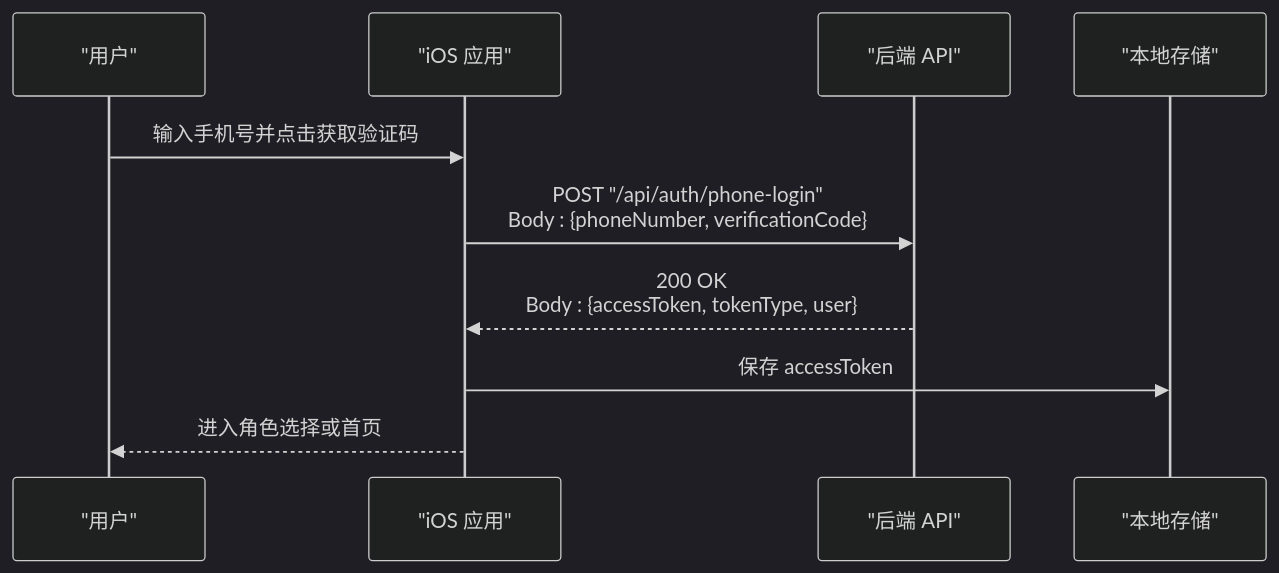
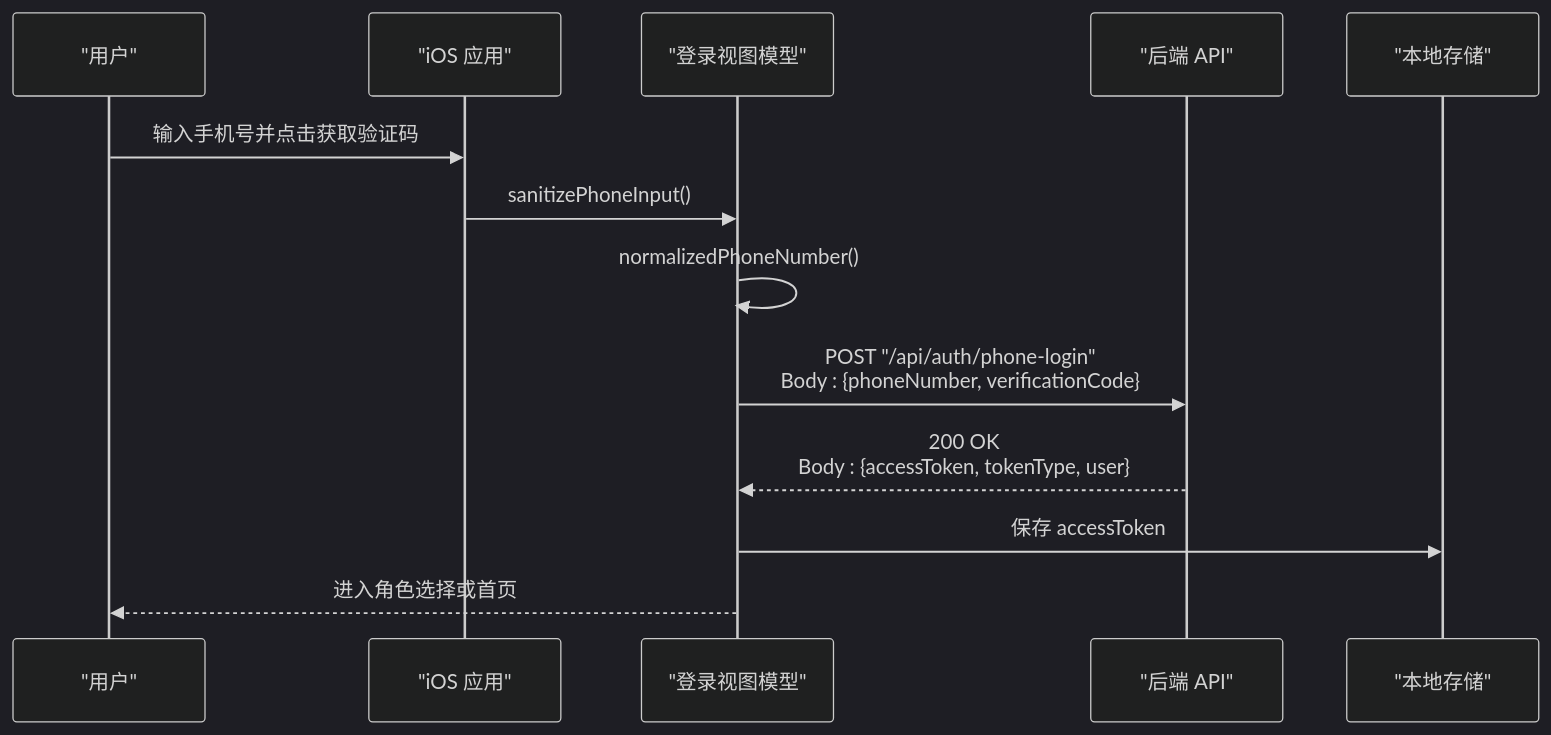
One commit to Jayden23018/blind-run-ios changed the second of 13 diagrams in .qoder/repowiki/zh/content/核心功能模块/认证系统.md. Above: the diagram before and after it, drawn with Mermaid (dark theme). The commit also changed other lines of this file and 24 other files, not shown here.

````diff
--- a/.qoder/repowiki/zh/content/核心功能模块/认证系统.md
+++ b/.qoder/repowiki/zh/content/核心功能模块/认证系统.md
@@ -144,12 +170,15 @@
 ```mermaid
 sequenceDiagram
 participant U as "用户"
 participant IOS as "iOS 应用"
+participant VM as "登录视图模型"
 participant API as "后端 API"
 participant Store as "本地存储"
 U->>IOS : 输入手机号并点击获取验证码
-IOS->>API : POST "/api/auth/phone-login"<br/>Body : {phoneNumber, verificationCode}
-API-->>IOS : 200 OK<br/>Body : {accessToken, tokenType, user}
-IOS->>Store : 保存 accessToken
-IOS-->>U : 进入角色选择或首页
+IOS->>VM : sanitizePhoneInput()
+VM->>VM : normalizedPhoneNumber()
+VM->>API : POST "/api/auth/phone-login"<br/>Body : {phoneNumber, verificationCode}
+API-->>VM : 200 OK<br/>Body : {accessToken, tokenType, user}
+VM->>Store : 保存 accessToken
+VM-->>U : 进入角色选择或首页
 ```
````
